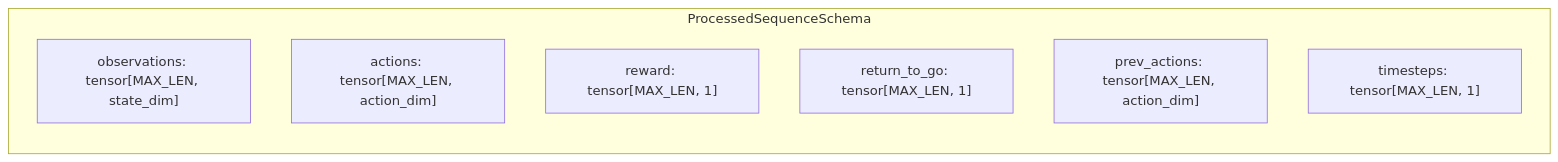
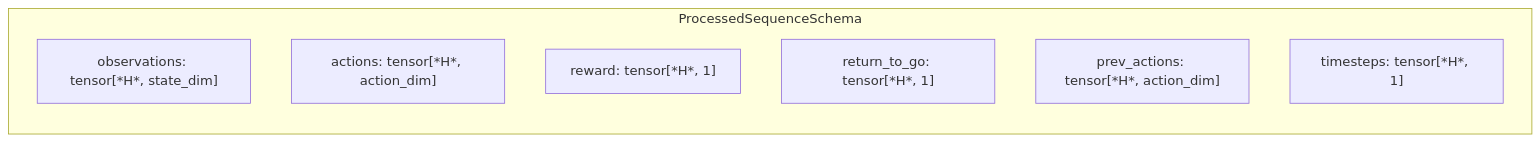
The fifth of 6 diagrams in data/data_schema.md (KevinBian107/Latent-Planning-as-Optimization), drawn with Mermaid before and after one commit. The commit also changed other lines of this file, not shown here.

````diff
--- a/data/data_schema.md
+++ b/data/data_schema.md
@@ -95,11 +116,11 @@
 ```mermaid
 graph LR
     subgraph ProcessedSequenceSchema
-        PS_obs["observations: tensor[MAX_LEN, state_dim]"]
-        PS_actions["actions: tensor[MAX_LEN, action_dim]"]
-        PS_reward["reward: tensor[MAX_LEN, 1]"]
-        PS_rtg["return_to_go: tensor[MAX_LEN, 1]"]
-        PS_prev_actions["prev_actions: tensor[MAX_LEN, action_dim]"]
-        PS_timesteps["timesteps: tensor[MAX_LEN, 1]"]
+        PS_obs["observations: tensor[*H*, state_dim]"]
+        PS_actions["actions: tensor[*H*, action_dim]"]
+        PS_reward["reward: tensor[*H*, 1]"]
+        PS_rtg["return_to_go: tensor[*H*, 1]"]
+        PS_prev_actions["prev_actions: tensor[*H*, action_dim]"]
+        PS_timesteps["timesteps: tensor[*H*, 1]"]
 end
 ```
````
